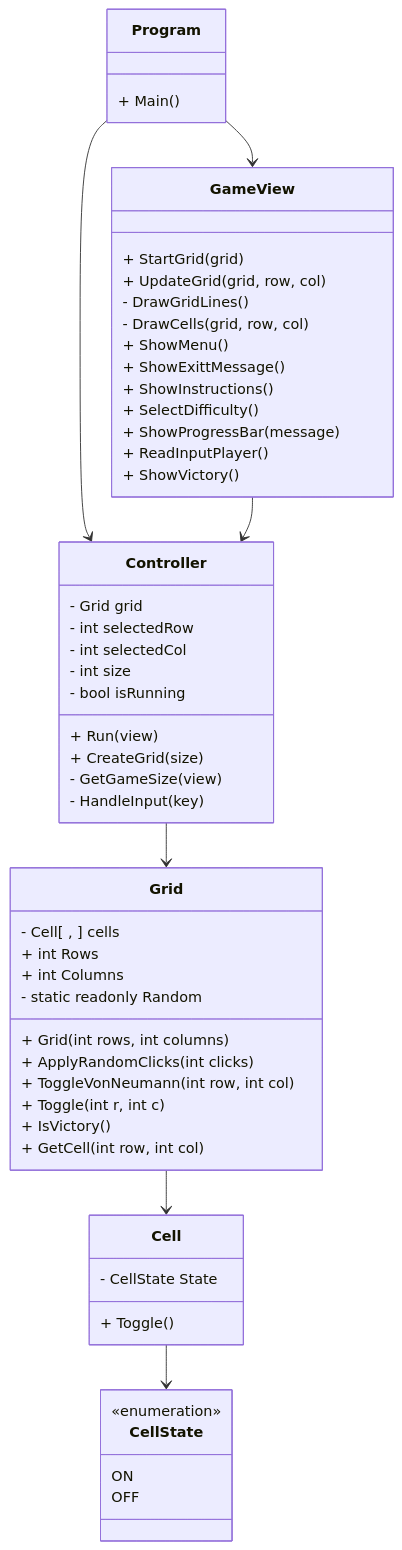
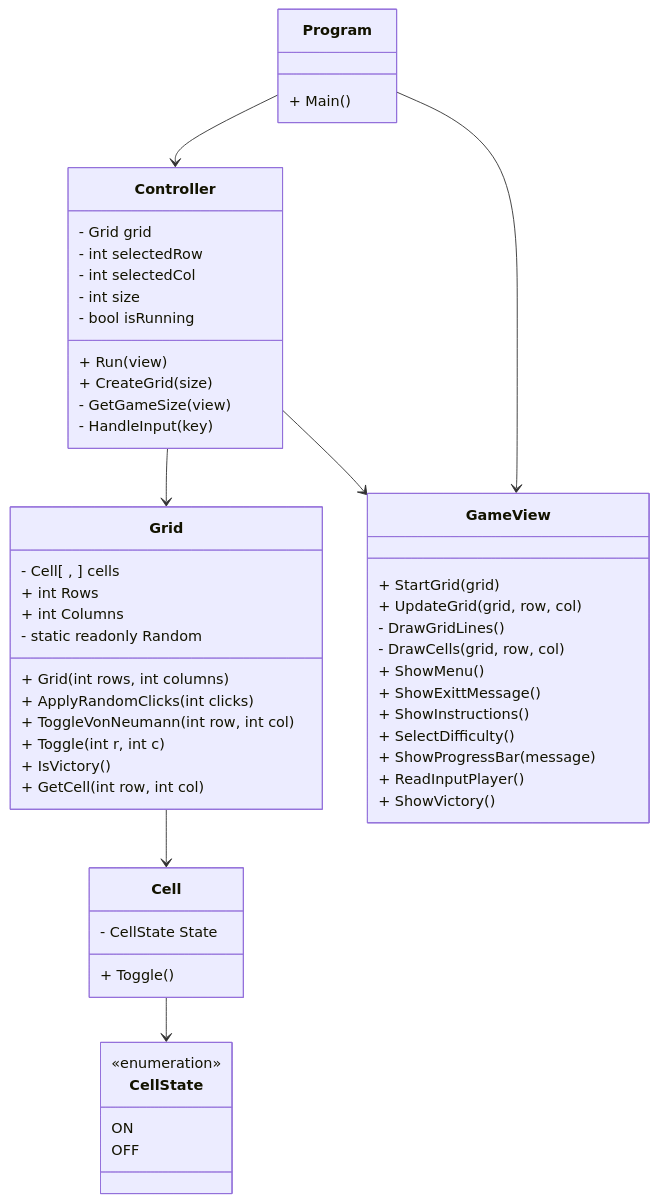
Before and after one commit to Miguel4Rodrigues/blackout-lc-a22208721: the diagram in README.md, drawn with Mermaid.

Commit message:
Update UML (change relations)

````diff
--- a/README.md
+++ b/README.md
@@ -95,64 +95,64 @@
 ```mermaid
 classDiagram
 
 class Grid {
   - Cell[ , ] cells
   + int Rows
   + int Columns
   - static readonly Random
   + Grid(int rows, int columns)
   + ApplyRandomClicks(int clicks)
   + ToggleVonNeumann(int row, int col)
   + Toggle(int r, int c)
   + IsVictory()
   + GetCell(int row, int col)
 }
 
 class Cell {
   - CellState State
   + Toggle()
 }
 
 class GameView {
   + StartGrid(grid)
   + UpdateGrid(grid, row, col)
   - DrawGridLines()
   - DrawCells(grid, row, col)
   + ShowMenu()
   + ShowExittMessage()
   + ShowInstructions()
   + SelectDifficulty()
   + ShowProgressBar(message)
   + ReadInputPlayer()
   + ShowVictory()
 }
 
 class Controller {
   - Grid grid
   - int selectedRow
   - int selectedCol
   - int size
   - bool isRunning
   + Run(view)
   + CreateGrid(size)
   - GetGameSize(view)
   - HandleInput(key)
 }
 
 class CellState {
   <<enumeration>>
   ON
   OFF
 }
 
 class Program {
   + Main()
 }
 
 Program --> Controller
 Program --> GameView
 Controller --> Grid
 Grid --> Cell
 Cell --> CellState
-GameView --> Controller
+Controller --> GameView
 ```
````
